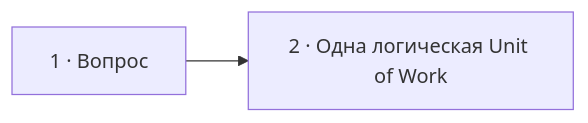
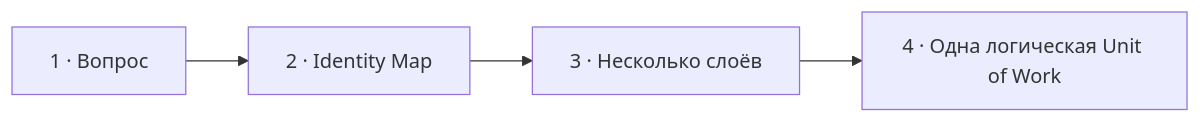
The diagram in episodes/841862-1payment/visual-plans/14-doctrine-flush-boundary.md (savinmikhail/php-backend-interview-video), drawn with Mermaid before and after one commit. The commit also changed other lines of this file and 1 other file, not shown here.

Commit message:
docs: refine Doctrine unit of work visuals

````diff
--- a/episodes/841862-1payment/visual-plans/14-doctrine-flush-boundary.md
+++ b/episodes/841862-1payment/visual-plans/14-doctrine-flush-boundary.md
@@ -43,4 +53,6 @@
 ```mermaid
 flowchart LR
-  Q["1 · Вопрос"] --> U["2 · Одна логическая Unit of Work"]
+  Q["1 · Вопрос"] --> I["2 · Identity Map"]
+  I --> L["3 · Несколько слоёв"]
+  L --> U["4 · Одна логическая Unit of Work"]
 ```
````
